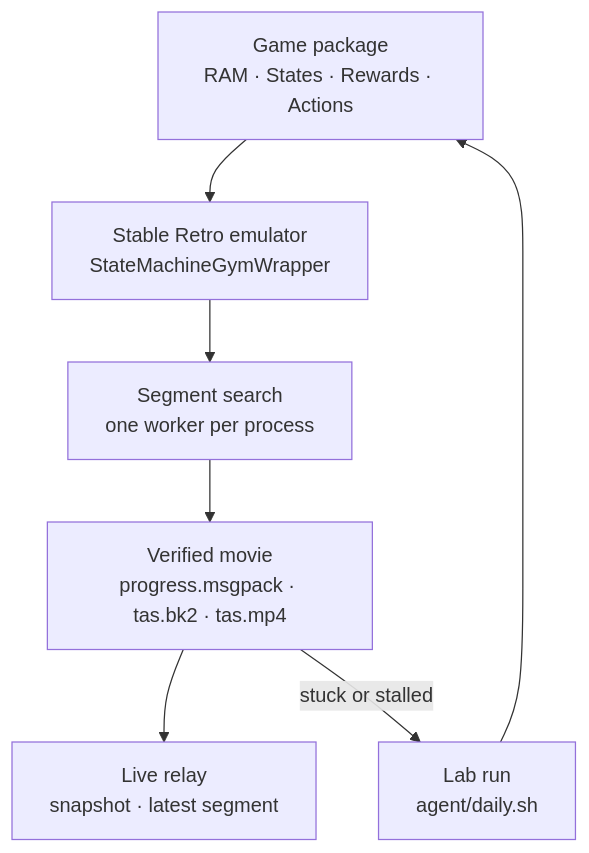
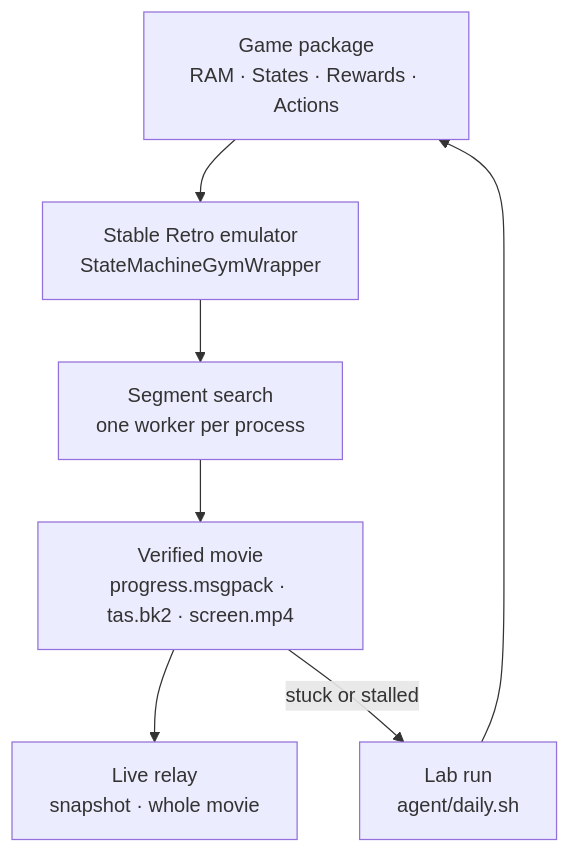
The diagram in README.md (datenwissenschaften/retro-speedlab-core), drawn with Mermaid before and after one commit. The commit also changed other lines of this file and 17 other files, not shown here.

First line of the commit message:
feat(speedrun)!: the stream plays the whole verified movie from power-on

````diff
--- a/README.md
+++ b/README.md
@@ -28,16 +28,16 @@
 ```mermaid
 flowchart TD
     Game["Game package<br/>RAM · States · Rewards · Actions"]
     Env["Stable Retro emulator<br/>StateMachineGymWrapper"]
     Search["Segment search<br/>one worker per process"]
-    Movie["Verified movie<br/>progress.msgpack · tas.bk2 · tas.mp4"]
-    Relay["Live relay<br/>snapshot · latest segment"]
+    Movie["Verified movie<br/>progress.msgpack · tas.bk2 · screen.mp4"]
+    Relay["Live relay<br/>snapshot · whole movie"]
     Lab["Lab run<br/>agent/daily.sh"]
 
     Game --> Env
     Env --> Search
     Search --> Movie
     Movie --> Relay
     Movie -- "stuck or stalled" --> Lab
     Lab --> Game
 ```
````
